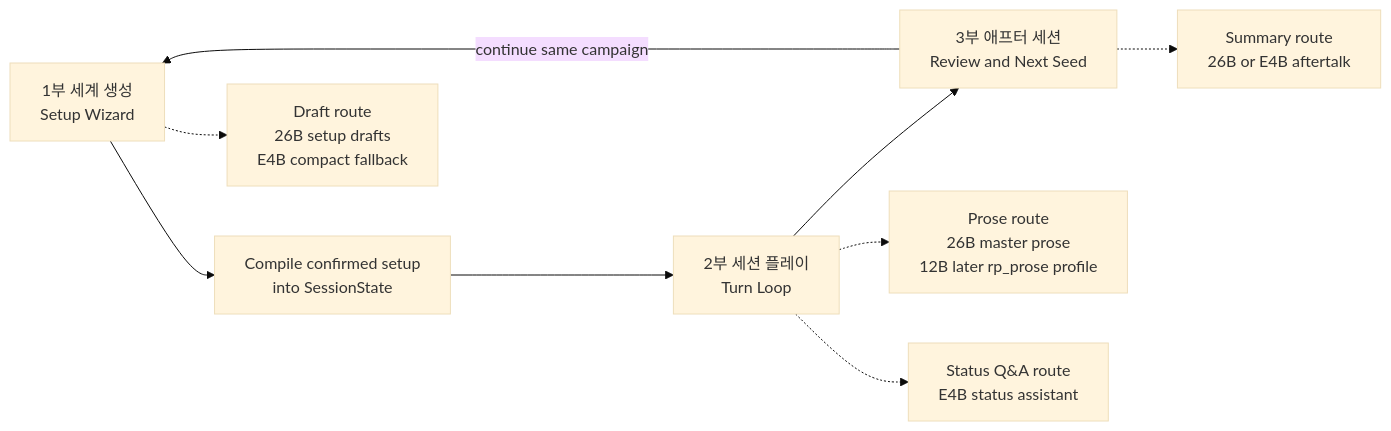
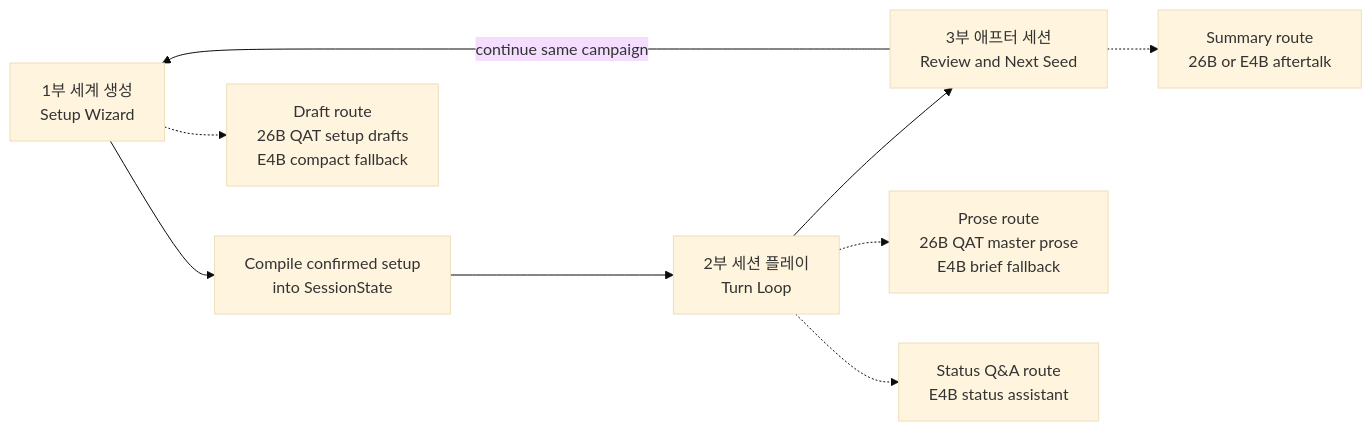
One commit to winterrainlee/winterrain_trpg changed the first of 4 diagrams in design/winterrain-rp-module-architecture-design.md. Above: the diagram before and after it, drawn with Mermaid (base theme). The commit also changed other lines of this file and 4 other files, not shown here.

````diff
--- a/design/winterrain-rp-module-architecture-design.md
+++ b/design/winterrain-rp-module-architecture-design.md
@@ -54,12 +55,12 @@
 ```mermaid
 flowchart LR
   A["1부 세계 생성<br/>Setup Wizard"] --> B["Compile confirmed setup<br/>into SessionState"]
   B --> C["2부 세션 플레이<br/>Turn Loop"]
   C --> D["3부 애프터 세션<br/>Review and Next Seed"]
   D -->|continue same campaign| A
 
-  A -.-> M1["Draft route<br/>26B setup drafts<br/>E4B compact fallback"]
-  C -.-> M2["Prose route<br/>26B master prose<br/>12B later rp_prose profile"]
+  A -.-> M1["Draft route<br/>26B QAT setup drafts<br/>E4B compact fallback"]
+  C -.-> M2["Prose route<br/>26B QAT master prose<br/>E4B brief fallback"]
   C -.-> M3["Status Q&A route<br/>E4B status assistant"]
   D -.-> M4["Summary route<br/>26B or E4B aftertalk"]
 ```
````
